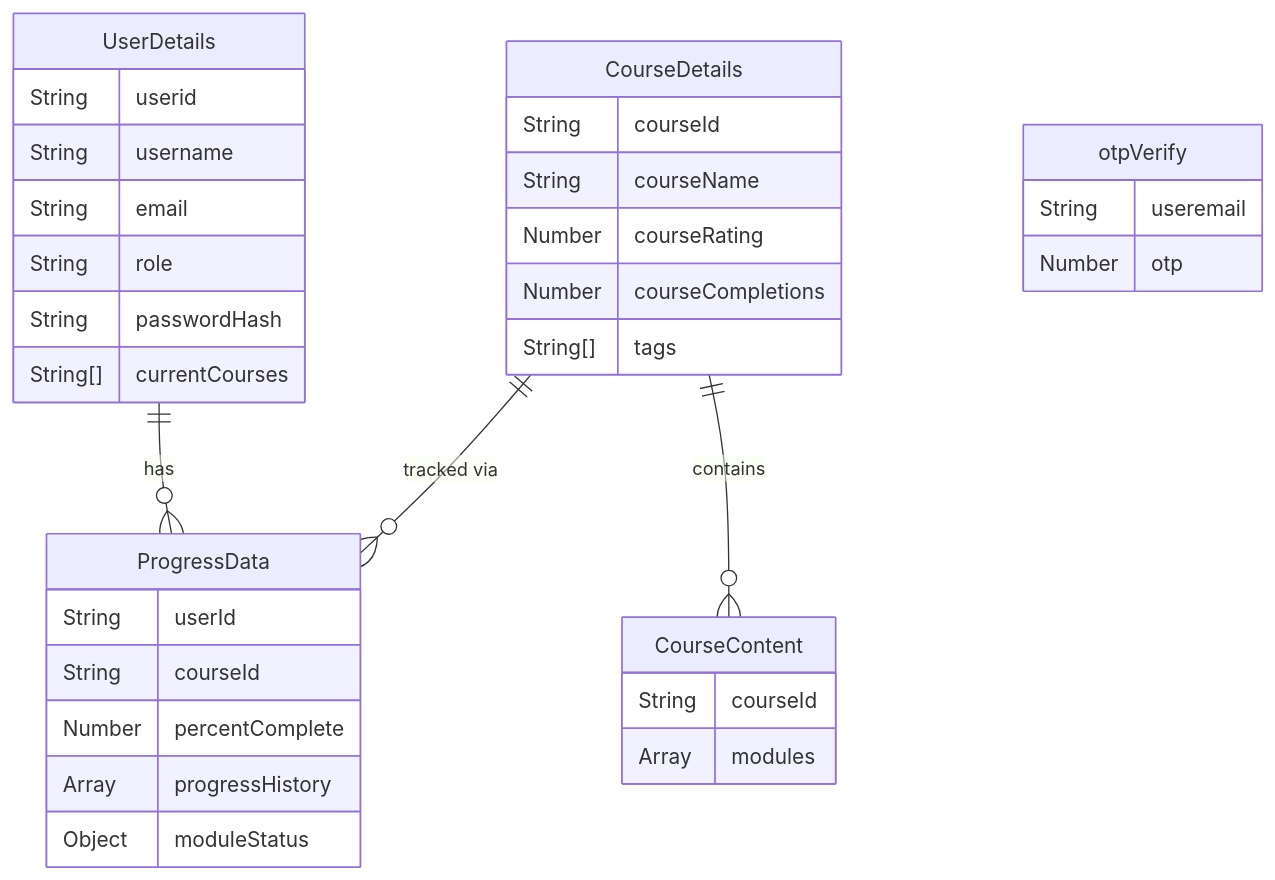
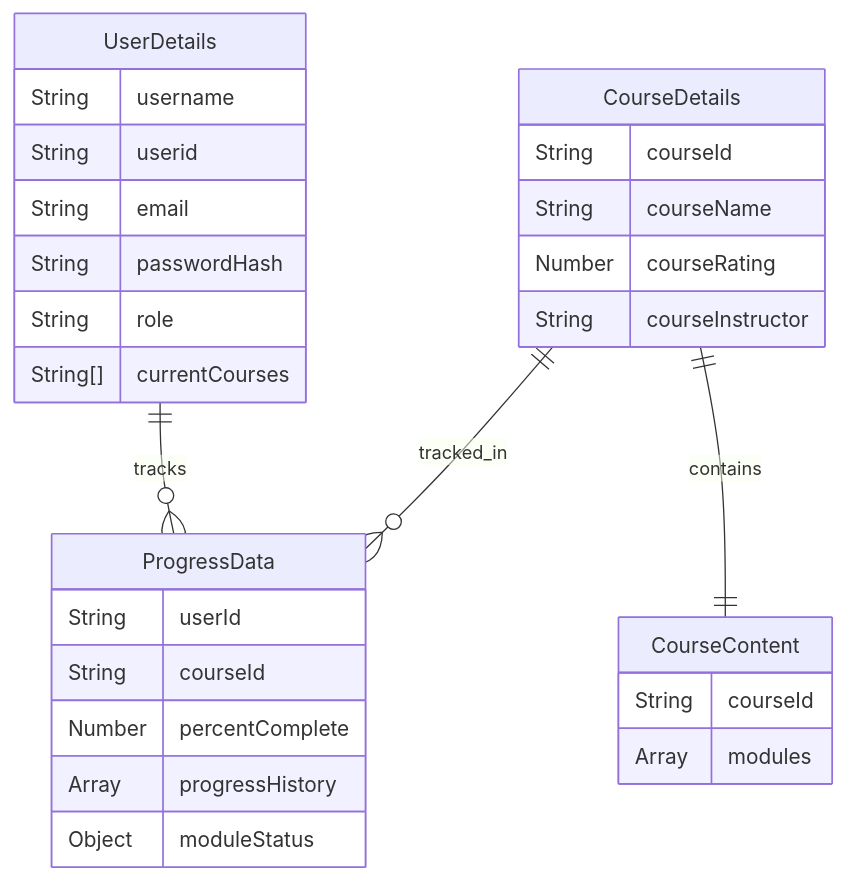
Before and after one commit to abdul8704/EduTrack: the second of 2 diagrams in architecture.md, drawn with Mermaid. The commit also changed other lines of this file, not shown here.

````diff
--- a/architecture.md
+++ b/architecture.md
@@ -42,41 +32,31 @@
 ```mermaid
 erDiagram
-    UserDetails ||--o{ ProgressData : "has" 
-    CourseDetails ||--o{ CourseContent : "contains"
-    CourseDetails ||--o{ ProgressData : "tracked via"
-    
+    UserDetails ||--o{ ProgressData : tracks
+    CourseDetails ||--o{ ProgressData : tracked_in
+    CourseDetails ||--|| CourseContent : contains
     UserDetails {
+        String username
         String userid
-        String username
         String email
+        String passwordHash
         String role
-        String passwordHash
         String[] currentCourses
     }
-    
     CourseDetails {
         String courseId
         String courseName
         Number courseRating
-        Number courseCompletions
-        String[] tags
+        String courseInstructor
     }
-    
     CourseContent {
         String courseId
         Array modules
     }
-    
     ProgressData {
         String userId
         String courseId
         Number percentComplete
         Array progressHistory
         Object moduleStatus
     }
-    
-    otpVerify {
-        String useremail
-        Number otp
-    }
 ```
````
